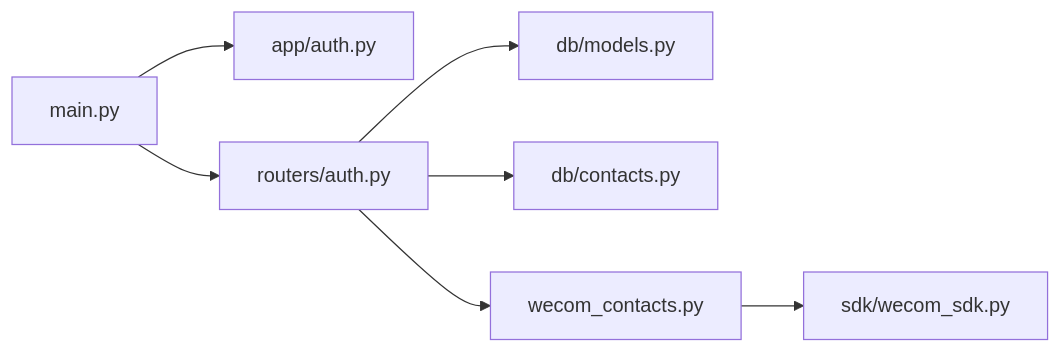
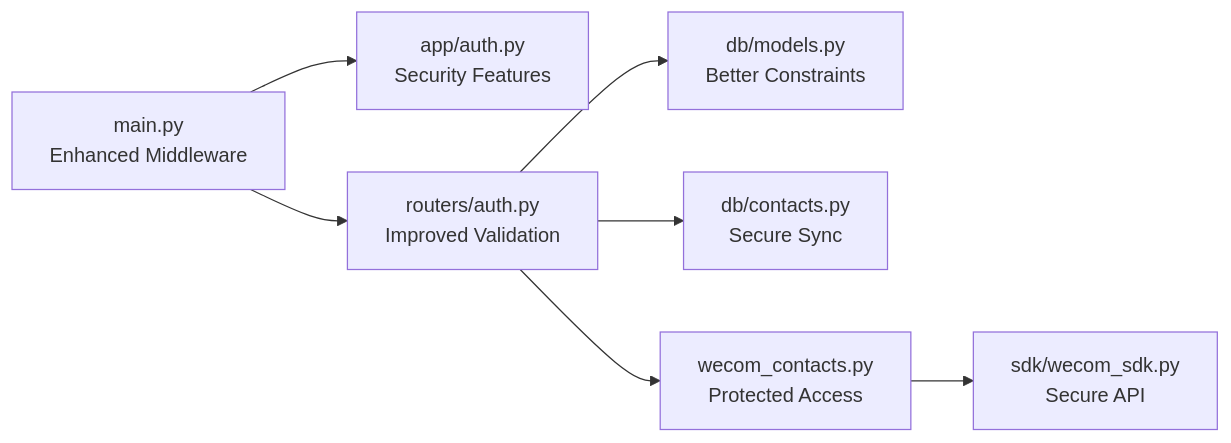
The fifth of 5 diagrams in .qoder/repowiki/en/content/Architecture/Web Application Architecture/Authentication & Authorization.md (zuohaisu/wecom-archive), drawn with Mermaid before and after one commit. The commit also changed other lines of this file and 148 other files, not shown here.

````diff
--- a/.qoder/repowiki/en/content/Architecture/Web Application Architecture/Authentication & Authorization.md
+++ b/.qoder/repowiki/en/content/Architecture/Web Application Architecture/Authentication & Authorization.md
@@ -300,9 +336,9 @@
 ```mermaid
 graph LR
-Main["main.py"] --> AuthUtils["app/auth.py"]
-Main --> AuthRouter["routers/auth.py"]
-AuthRouter --> Models["db/models.py"]
-AuthRouter --> ContactsDB["db/contacts.py"]
-AuthRouter --> WecomContacts["wecom_contacts.py"]
-WecomContacts --> WecomSDK["sdk/wecom_sdk.py"]
+Main["main.py<br/>Enhanced Middleware"] --> AuthUtils["app/auth.py<br/>Security Features"]
+Main --> AuthRouter["routers/auth.py<br/>Improved Validation"]
+AuthRouter --> Models["db/models.py<br/>Better Constraints"]
+AuthRouter --> ContactsDB["db/contacts.py<br/>Secure Sync"]
+AuthRouter --> WecomContacts["wecom_contacts.py<br/>Protected Access"]
+WecomContacts --> WecomSDK["sdk/wecom_sdk.py<br/>Secure API"]
 ```
````
